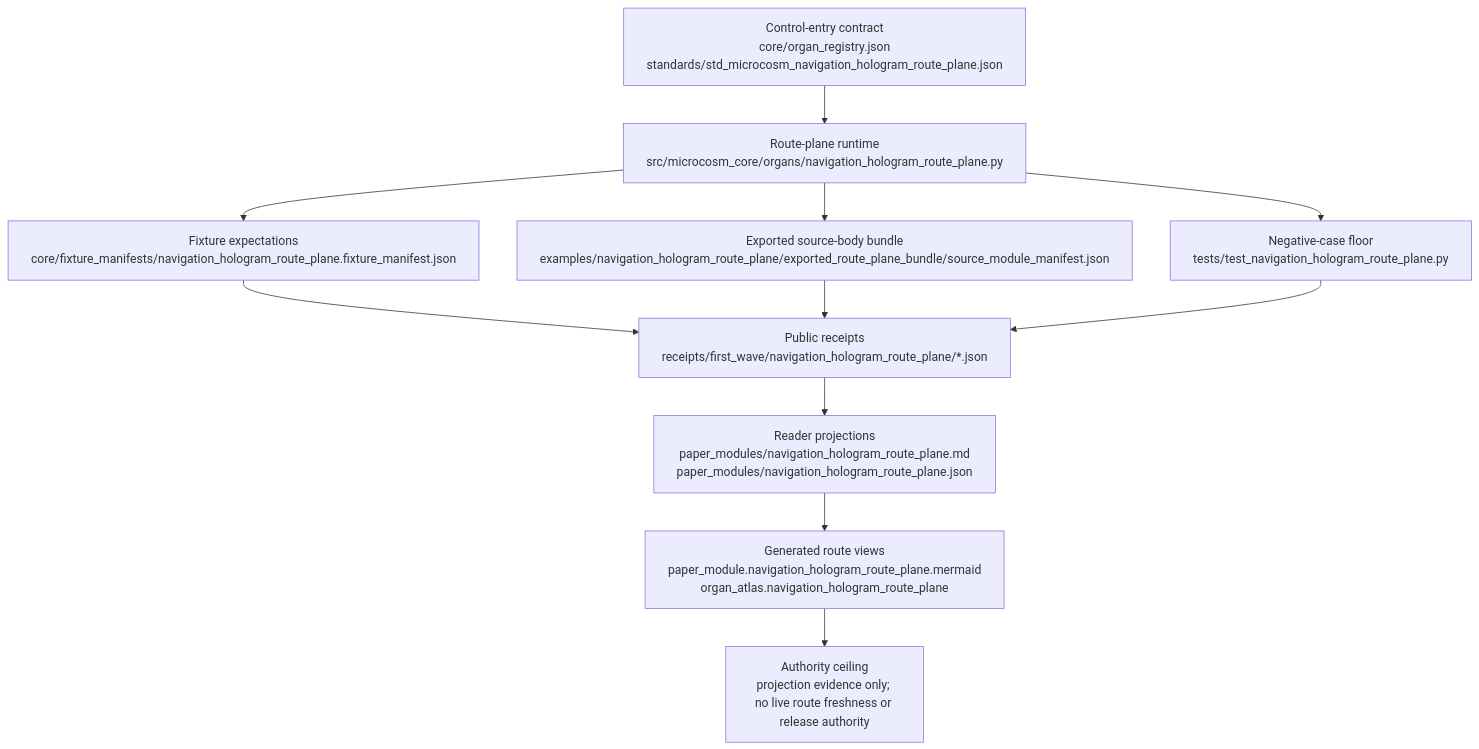
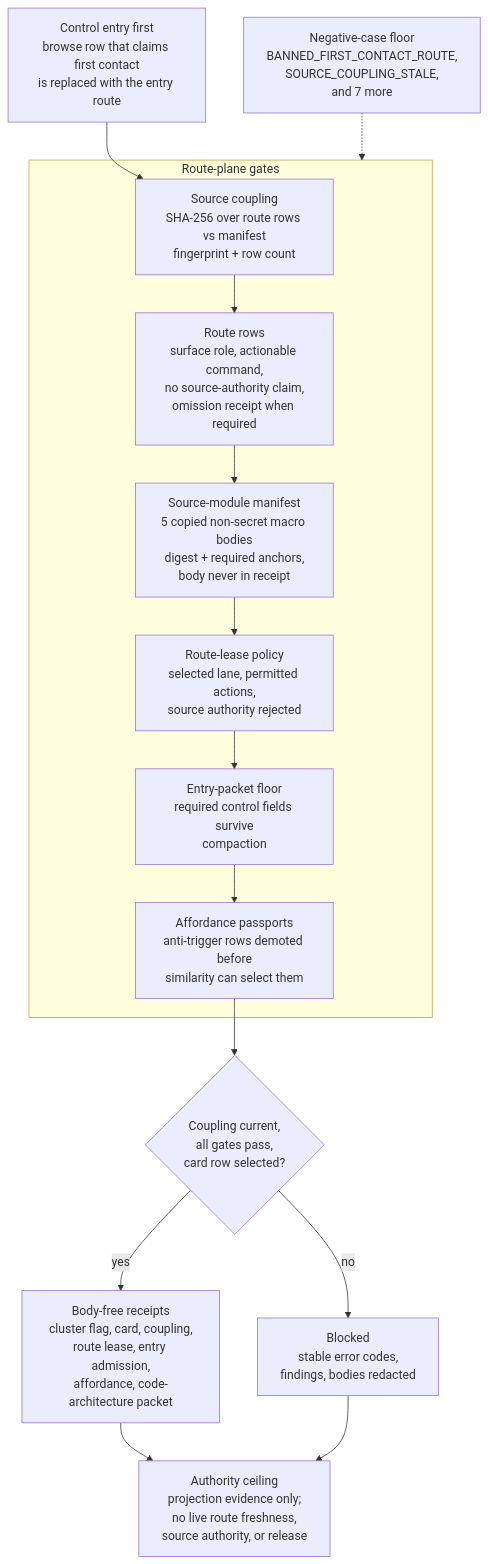
One commit to wcook04/plectis changed the diagram in paper_modules/navigation_hologram_route_plane.md. Above: the diagram before and after it, drawn with Mermaid. The commit also changed other lines of this file and 90 other files, not shown here.

First line of the commit message:
microcosm: enrich public paper-module prose and Shape diagrams (91 modules)

````diff
--- a/paper_modules/navigation_hologram_route_plane.md
+++ b/paper_modules/navigation_hologram_route_plane.md
@@ -17,13 +61,25 @@
 ```mermaid
 flowchart TD
-  A["Control-entry contract<br/>core/organ_registry.json<br/>standards/std_microcosm_navigation_hologram_route_plane.json"] --> B["Route-plane runtime<br/>src/microcosm_core/organs/navigation_hologram_route_plane.py"]
-  B --> C["Fixture expectations<br/>core/fixture_manifests/navigation_hologram_route_plane.fixture_manifest.json"]
-  B --> D["Exported source-body bundle<br/>examples/navigation_hologram_route_plane/exported_route_plane_bundle/source_module_manifest.json"]
-  C --> E["Public receipts<br/>receipts/first_wave/navigation_hologram_route_plane/*.json"]
-  D --> E
-  E --> F["Reader projections<br/>paper_modules/navigation_hologram_route_plane.md<br/>paper_modules/navigation_hologram_route_plane.json"]
-  F --> G["Generated route views<br/>paper_module.navigation_hologram_route_plane.mermaid<br/>organ_atlas.navigation_hologram_route_plane"]
-  B --> H["Negative-case floor<br/>tests/test_navigation_hologram_route_plane.py"]
-  H --> E
-  G --> I["Authority ceiling<br/>projection evidence only; no live route freshness or release authority"]
+  Entry["Control entry first<br/>browse row that claims first contact<br/>is replaced with the entry route"]
+
+  subgraph Gates["Route-plane gates"]
+    Couple["Source coupling<br/>SHA-256 over route rows vs manifest<br/>fingerprint + row count"]
+    Rows["Route rows<br/>surface role, actionable command,<br/>no source-authority claim,<br/>omission receipt when required"]
+    Modules["Source-module manifest<br/>5 copied non-secret macro bodies<br/>digest + required anchors,<br/>body never in receipt"]
+    Lease["Route-lease policy<br/>selected lane, permitted actions,<br/>source authority rejected"]
+    Floor["Entry-packet floor<br/>required control fields survive<br/>compaction"]
+    Pass["Affordance passports<br/>anti-trigger rows demoted before<br/>similarity can select them"]
+  end
+
+  Verdict{"Coupling current,<br/>all gates pass,<br/>card row selected?"}
+
+  Entry --> Couple
+  Couple --> Rows --> Modules --> Lease --> Floor --> Pass --> Verdict
+  Verdict -->|yes| Receipts["Body-free receipts<br/>cluster flag, card, coupling,<br/>route lease, entry admission,<br/>affordance, code-architecture packet"]
+  Verdict -->|no| Blocked["Blocked<br/>stable error codes,<br/>findings, bodies redacted"]
+
+  Negative["Negative-case floor<br/>BANNED_FIRST_CONTACT_ROUTE,<br/>SOURCE_COUPLING_STALE,<br/>and 7 more"] -.-> Gates
+
+  Receipts --> Ceiling["Authority ceiling<br/>projection evidence only;<br/>no live route freshness,<br/>source authority, or release"]
+  Blocked --> Ceiling
 ```
````
